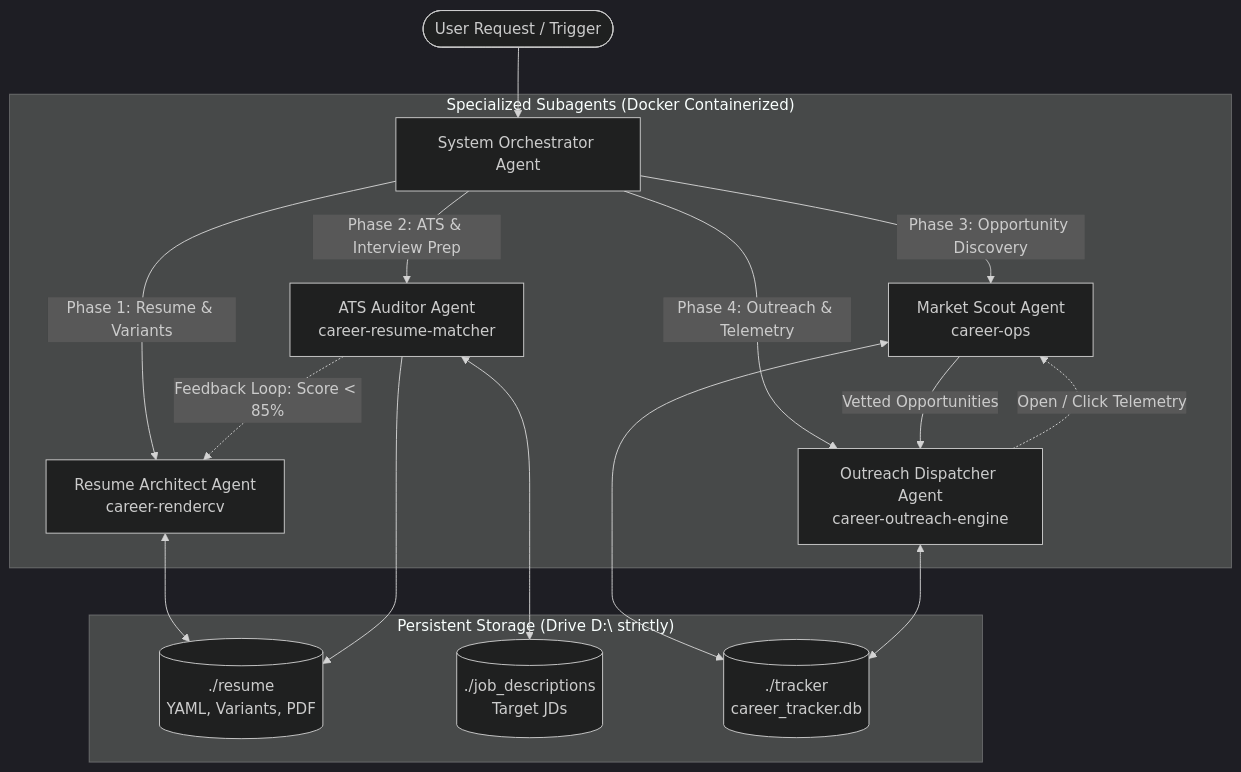
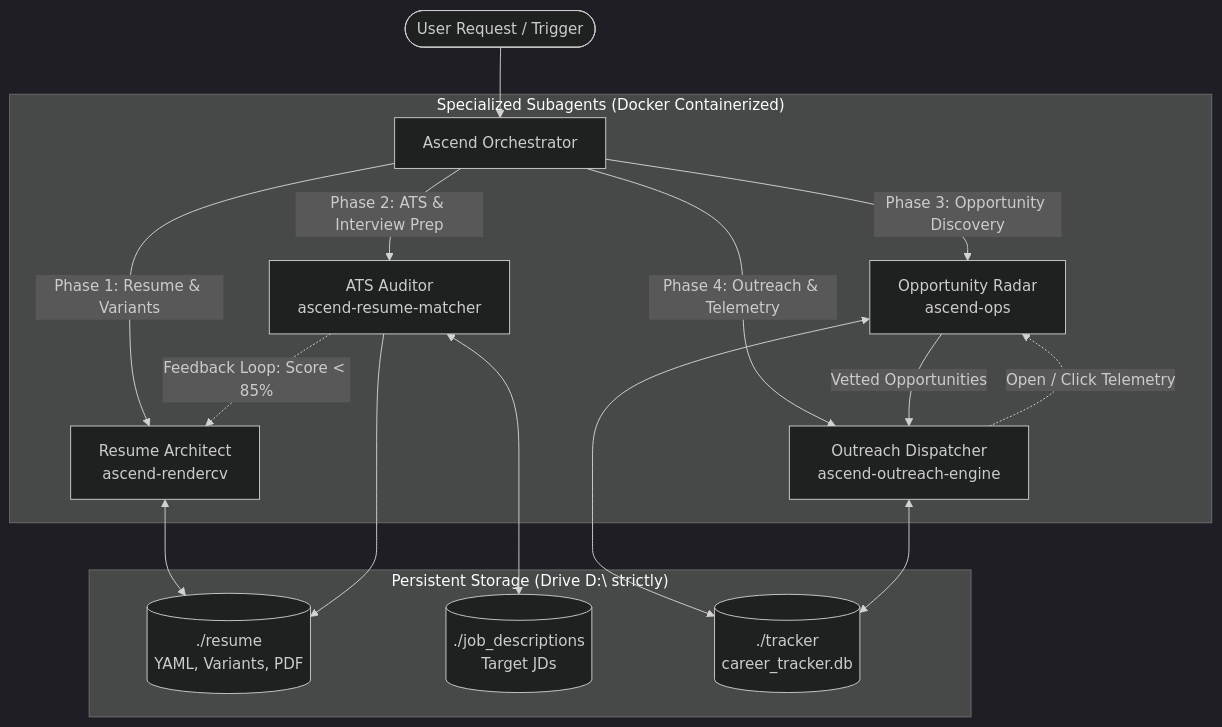
Before and after one commit to nainwalsanju/ascend: the diagram in AGENTS.md, drawn with Mermaid (dark theme). The commit also changed other lines of this file and 7 other files, not shown here.

Commit message:
feat: rebrand project to Ascend - Autonomous SWE Career Acceleration Engine

````diff
--- a/AGENTS.md
+++ b/AGENTS.md
@@ -22,23 +22,23 @@
 ```mermaid
 graph TD
-    User([User Request / Trigger]) --> Orchestrator[System Orchestrator Agent]
+    User([User Request / Trigger]) --> Orchestrator[Ascend Orchestrator]
     
     subgraph "Specialized Subagents (Docker Containerized)"
-        Orchestrator -->|Phase 1: Resume & Variants| Agent1[Resume Architect Agent<br/>career-rendercv]
-        Orchestrator -->|Phase 2: ATS & Interview Prep| Agent2[ATS Auditor Agent<br/>career-resume-matcher]
-        Orchestrator -->|Phase 3: Opportunity Discovery| Agent3[Market Scout Agent<br/>career-ops]
-        Orchestrator -->|Phase 4: Outreach & Telemetry| Agent4[Outreach Dispatcher Agent<br/>career-outreach-engine]
+        Orchestrator -->|Phase 1: Resume & Variants| Agent1[Resume Architect<br/>ascend-rendercv]
+        Orchestrator -->|Phase 2: ATS & Interview Prep| Agent2[ATS Auditor<br/>ascend-resume-matcher]
+        Orchestrator -->|Phase 3: Opportunity Discovery| Agent3[Opportunity Radar<br/>ascend-ops]
+        Orchestrator -->|Phase 4: Outreach & Telemetry| Agent4[Outreach Dispatcher<br/>ascend-outreach-engine]
         
         Agent2 -.->|Feedback Loop: Score < 85%| Agent1
         Agent3 -->|Vetted Opportunities| Agent4
         Agent4 -.->|Open / Click Telemetry| Agent3
     end
 
     subgraph "Persistent Storage (Drive D:\ strictly)"
         Agent1 <--> D1[(./resume<br/>YAML, Variants, PDF)]
         Agent2 <--> D2[(./job_descriptions<br/>Target JDs)]
         Agent2 --> D1
         Agent3 <--> D3[(./tracker<br/>career_tracker.db)]
         Agent4 <--> D3
     end
 ```
````
